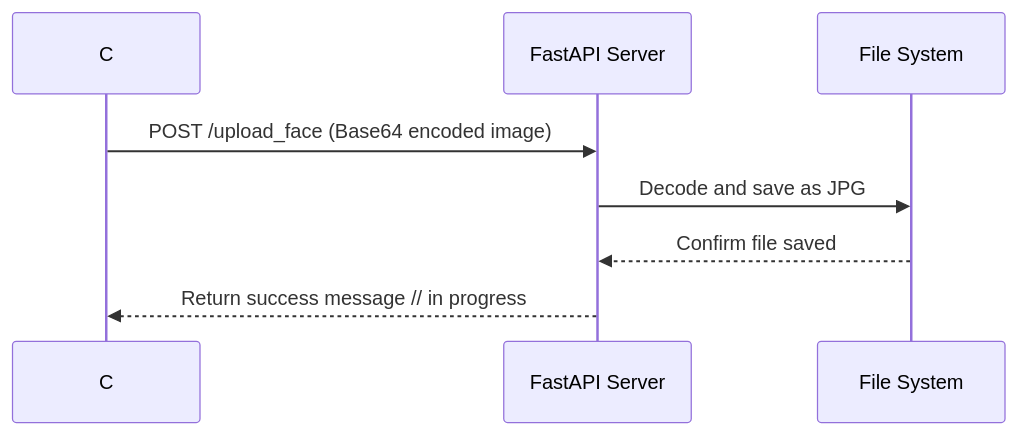
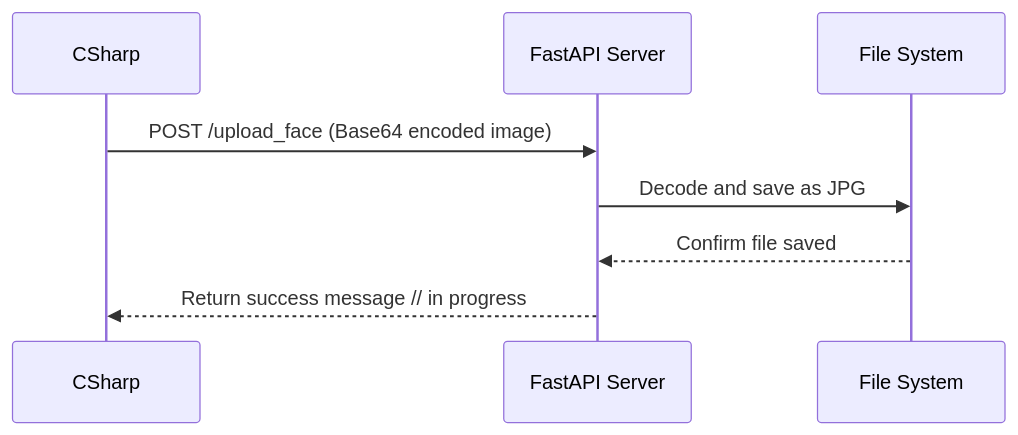
The diagram in README.md (tien886/FastAPI_C-MaUI), drawn with Mermaid before and after one commit.

````diff
--- a/README.md
+++ b/README.md
@@ -26,11 +26,11 @@
 ```mermaid
 sequenceDiagram
-    participant MAUI as C# MAUI App
+        participant MAUI as CSharp
     participant API as FastAPI Server
     participant FS as File System
 
     MAUI->>API: POST /upload_face (Base64 encoded image)
     API->>FS: Decode and save as JPG
     FS-->>API: Confirm file saved
     API-->>MAUI: Return success message // in progress
 ```
````
